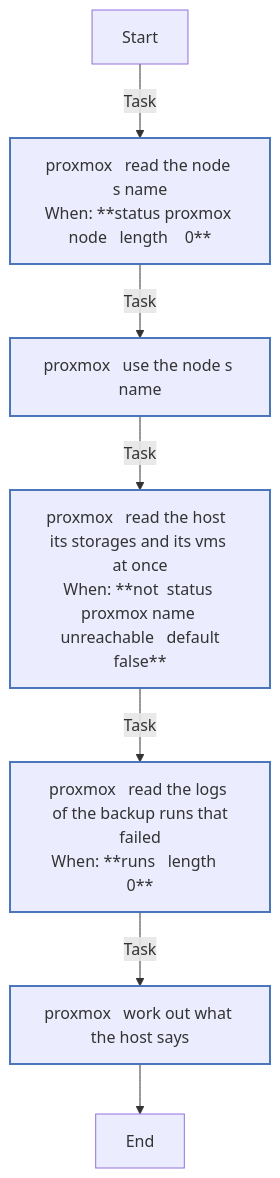
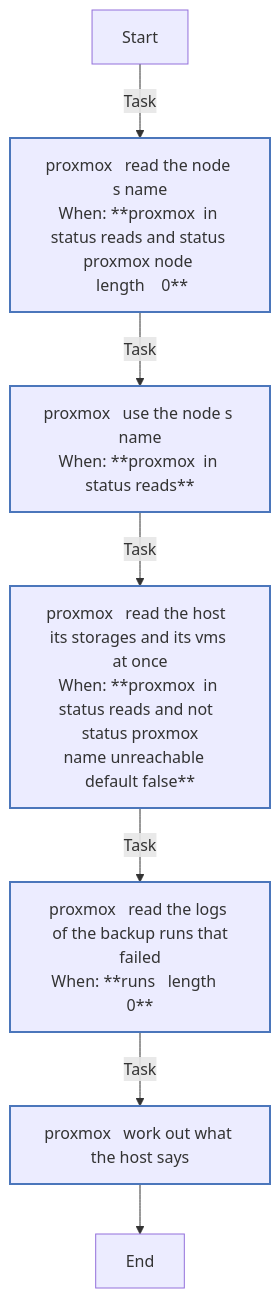
Before and after one commit to kawadeomkar/homeserver: the third of 4 diagrams in roles/status/REFERENCE.md, drawn with Mermaid. The commit also changed other lines of this file and 20 other files, not shown here.

````diff
--- a/roles/status/REFERENCE.md
+++ b/roles/status/REFERENCE.md
@@ -692,19 +692,19 @@
 ```mermaid
 flowchart TD
 Start
 classDef block stroke:#3498db,stroke-width:2px;
 classDef task stroke:#4b76bb,stroke-width:2px;
 classDef includeTasks stroke:#16a085,stroke-width:2px;
 classDef importTasks stroke:#34495e,stroke-width:2px;
 classDef includeRole stroke:#2980b9,stroke-width:2px;
 classDef importRole stroke:#699ba7,stroke-width:2px;
 classDef includeVars stroke:#8e44ad,stroke-width:2px;
 classDef rescue stroke:#665352,stroke-width:2px;
 
-  Start-->|Task| proxmox___Read_the_node_s_name0[proxmox   read the node s name<br>When: **status proxmox node   length    0**]:::task
-  proxmox___Read_the_node_s_name0-->|Task| proxmox___Use_the_node_s_name1[proxmox   use the node s name]:::task
-  proxmox___Use_the_node_s_name1-->|Task| proxmox___Read_the_host__its_storages_and_its_VMs__at_once2[proxmox   read the host  its storages and its vms <br>at once<br>When: **not  status proxmox name unreachable   default<br>false**]:::task
+  Start-->|Task| proxmox___Read_the_node_s_name0[proxmox   read the node s name<br>When: **proxmox  in status reads and status proxmox node <br> length    0**]:::task
+  proxmox___Read_the_node_s_name0-->|Task| proxmox___Use_the_node_s_name1[proxmox   use the node s name<br>When: **proxmox  in status reads**]:::task
+  proxmox___Use_the_node_s_name1-->|Task| proxmox___Read_the_host__its_storages_and_its_VMs__at_once2[proxmox   read the host  its storages and its vms <br>at once<br>When: **proxmox  in status reads and not  status proxmox<br>name unreachable   default false**]:::task
   proxmox___Read_the_host__its_storages_and_its_VMs__at_once2-->|Task| proxmox___Read_the_logs_of_the_backup_runs_that_failed3[proxmox   read the logs of the backup runs that<br>failed<br>When: **runs   length   0**]:::task
   proxmox___Read_the_logs_of_the_backup_runs_that_failed3-->|Task| proxmox___Work_out_what_the_host_says4[proxmox   work out what the host says]:::task
   proxmox___Work_out_what_the_host_says4-->End
 ```
````
